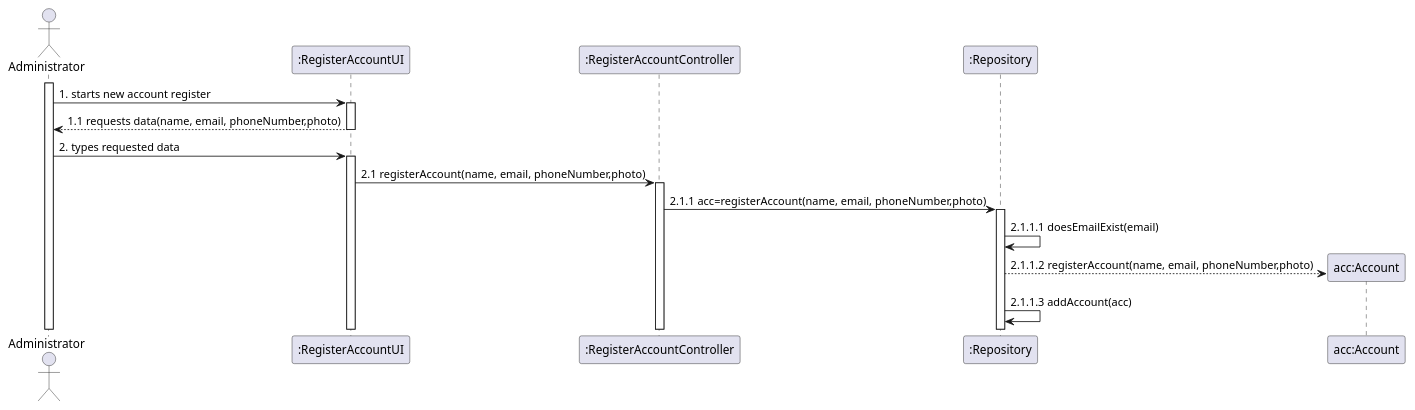
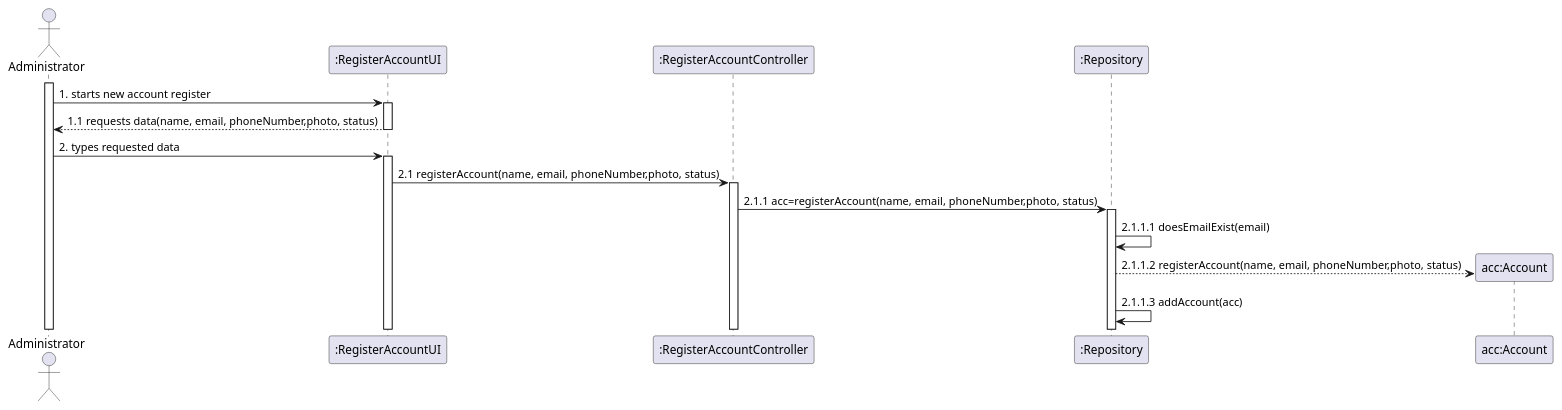
The diagram in docs/modelling_design/user_stories/us002/US002_Sequence_Diagram.puml (Loracline/project_switch_22-23), drawn with PlantUML before and after one commit. The commit also changed 13 other files, not shown here.

First line of the commit message:
US005,006: Development -ChangeStatusController and respective tests;  -Refinement of class and sequence diagram.

```diff
--- a/docs/modelling_design/user_stories/us002/US002_Sequence_Diagram.puml
+++ b/docs/modelling_design/user_stories/us002/US002_Sequence_Diagram.puml
@@ -1,25 +1,25 @@
 @startuml
 actor Administrator
 participant ":RegisterAccountUI" as ui
 participant ":RegisterAccountController" as controller
 participant ":Repository" as repository
 participant "acc:Account" as account
 
 activate Administrator
 Administrator -> ui: 1. starts new account register
 activate ui
-ui --> Administrator: 1.1 requests data(name, email, phoneNumber,photo)
+ui --> Administrator: 1.1 requests data(name, email, phoneNumber,photo, status)
 deactivate ui
 Administrator -> ui: 2. types requested data
 activate ui
-ui -> controller: 2.1 registerAccount(name, email, phoneNumber,photo)
+ui -> controller: 2.1 registerAccount(name, email, phoneNumber,photo, status)
 activate controller
-controller -> repository: 2.1.1 acc=registerAccount(name, email, phoneNumber,photo)
+controller -> repository: 2.1.1 acc=registerAccount(name, email, phoneNumber,photo, status)
 activate repository
 repository -> repository: 2.1.1.1 doesEmailExist(email)
 create account
 
-repository --> account: 2.1.1.2 registerAccount(name, email, phoneNumber,photo)
+repository --> account: 2.1.1.2 registerAccount(name, email, phoneNumber,photo, status)
 repository -> repository: 2.1.1.3 addAccount(acc)
 
 @enduml
```
